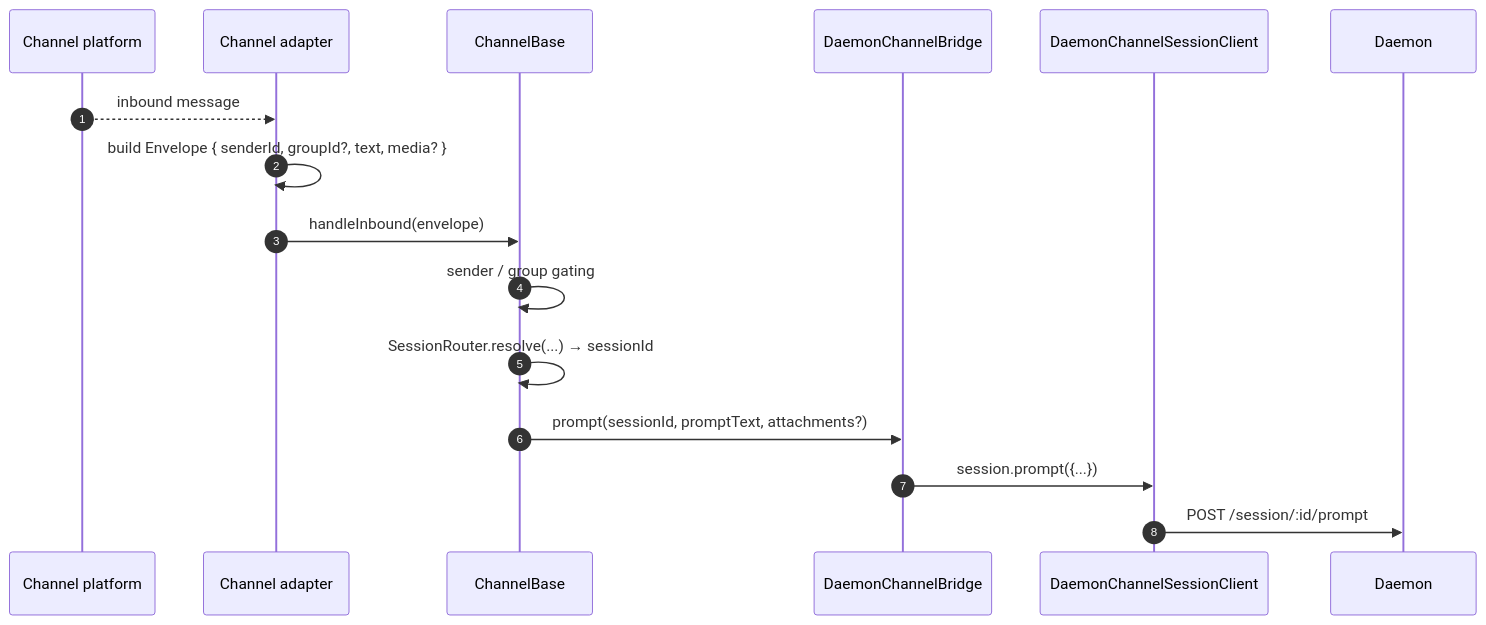
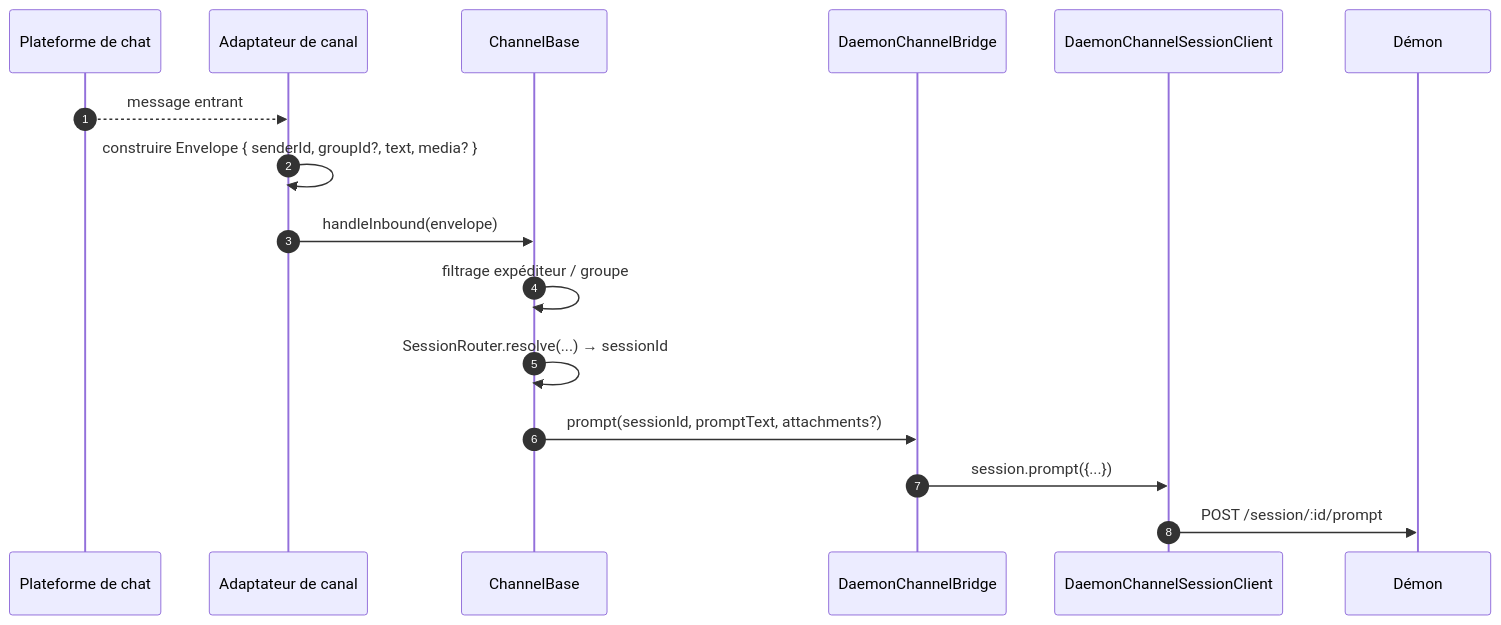
Before and after one commit to QwenLM/qwen-code-docs: the first of 3 diagrams in website/content/fr/developers/daemon/15-channel-adapters.md, drawn with Mermaid. The commit also changed other lines of this file and 1077 other files, not shown here.

````diff
--- a/website/content/fr/developers/daemon/15-channel-adapters.md
+++ b/website/content/fr/developers/daemon/15-channel-adapters.md
@@ -92,19 +93,19 @@
 ```mermaid
 sequenceDiagram
     autonumber
-    participant CH as Channel platform
-    participant AD as Channel adapter
+    participant CH as Plateforme de chat
+    participant AD as Adaptateur de canal
     participant CB as ChannelBase
     participant BR as DaemonChannelBridge
     participant SC as DaemonChannelSessionClient
-    participant D as Daemon
+    participant D as Démon
 
-    CH-->>AD: inbound message
-    AD->>AD: build Envelope { senderId, groupId?, text, media? }
+    CH-->>AD: message entrant
+    AD->>AD: construire Envelope { senderId, groupId?, text, media? }
     AD->>CB: handleInbound(envelope)
-    CB->>CB: sender / group gating
+    CB->>CB: filtrage expéditeur / groupe
     CB->>CB: SessionRouter.resolve(...) → sessionId
     CB->>BR: prompt(sessionId, promptText, attachments?)
     BR->>SC: session.prompt({...})
     SC->>D: POST /session/:id/prompt
 ```
````
